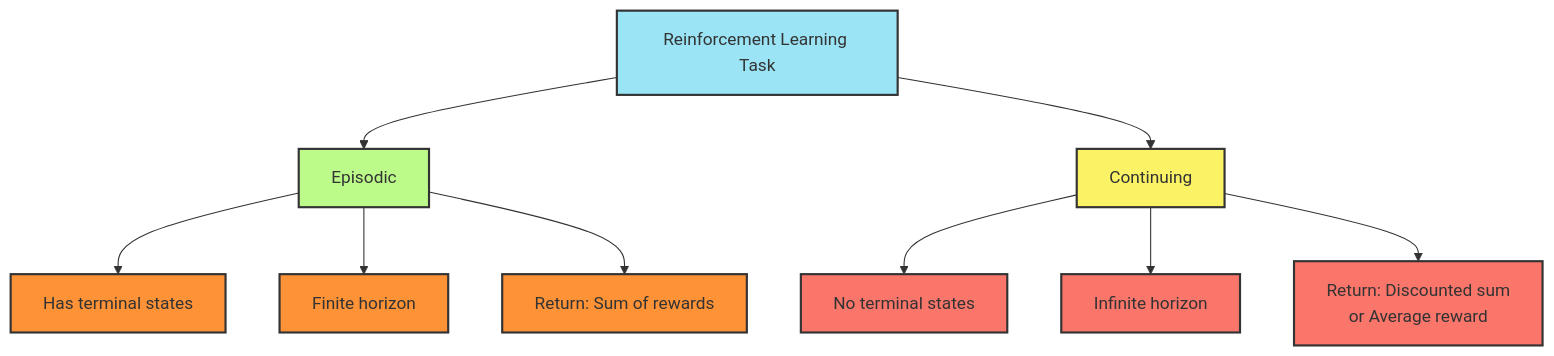
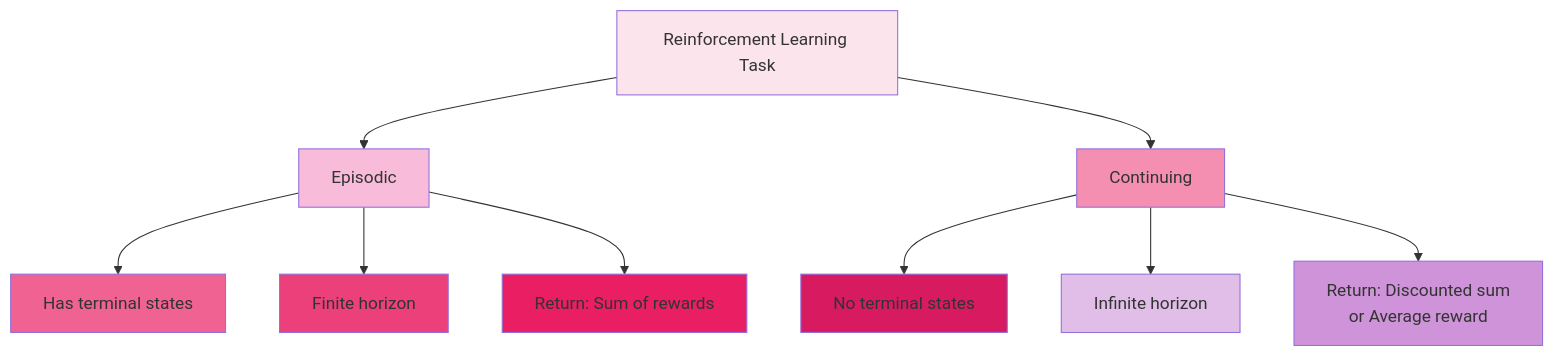
The second of 2 diagrams in C_1.md (Chaklader/DPRL-Value-based-methods), drawn with Mermaid before and after one commit. The commit also changed other lines of this file, not shown here.

````diff
--- a/C_1.md
+++ b/C_1.md
@@ -3584,23 +3714,23 @@
 ```mermaid
 graph TD
     A[Reinforcement Learning Task] --> B[Episodic]
     A --> C[Continuing]
 
     B --> D[Has terminal states]
     B --> E[Finite horizon]
     B --> F[Return: Sum of rewards]
 
     C --> G[No terminal states]
     C --> H[Infinite horizon]
     C --> I[Return: Discounted sum<br>or Average reward]
 
-    style A fill:#9AE4F5,stroke:#333,stroke-width:2px
-    style B fill:#BCFB89,stroke:#333,stroke-width:2px
-    style C fill:#FBF266,stroke:#333,stroke-width:2px
-    style D fill:#FE9237,stroke:#333,stroke-width:2px
-    style E fill:#FE9237,stroke:#333,stroke-width:2px
-    style F fill:#FE9237,stroke:#333,stroke-width:2px
-    style G fill:#FA756A,stroke:#333,stroke-width:2px
-    style H fill:#FA756A,stroke:#333,stroke-width:2px
-    style I fill:#FA756A,stroke:#333,stroke-width:2px
+    style A fill:#FCE4EC
+    style B fill:#F8BBD9
+    style C fill:#F48FB1
+    style D fill:#F06292
+    style E fill:#EC407A
+    style F fill:#E91E63
+    style G fill:#D81B60
+    style H fill:#E1BEE7
+    style I fill:#CE93D8
 ```
````
